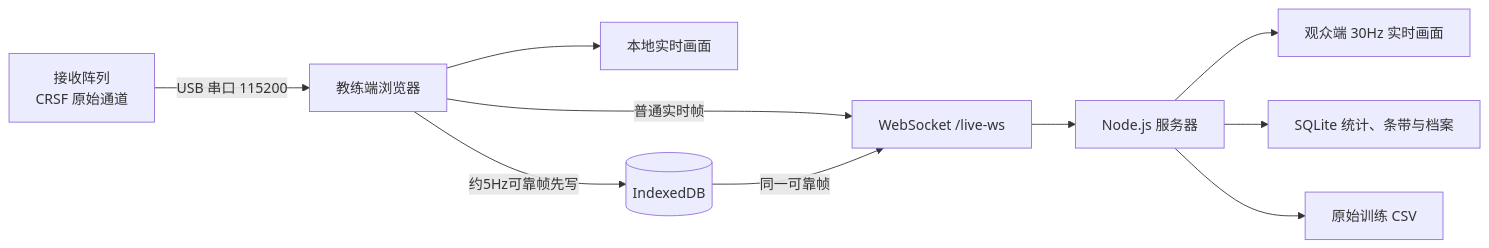
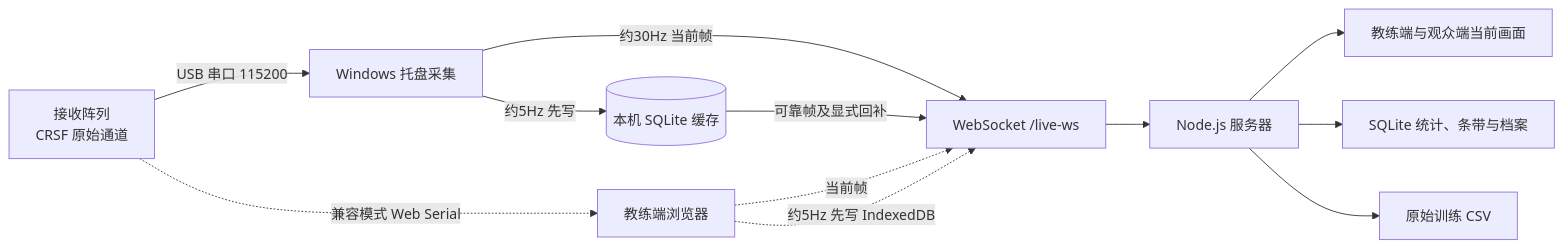
Before and after one commit to Tommy-CJ/fpv-training-system: the diagram in README.md, drawn with Mermaid. The commit also changed other lines of this file and 35 other files, not shown here.

````diff
--- a/README.md
+++ b/README.md
@@ -27,12 +27,14 @@
 ```mermaid
 flowchart LR
-    A[接收阵列<br/>CRSF 原始通道] -->|USB 串口 115200| B[教练端浏览器]
-    B --> C[本地实时画面]
-    B -->|普通实时帧| D[WebSocket /live-ws]
-    B -->|约5Hz可靠帧先写| I[(IndexedDB)]
-    I -->|同一可靠帧| D
+    A[接收阵列<br/>CRSF 原始通道] -->|USB 串口 115200| T[Windows 托盘采集]
+    A -.->|兼容模式 Web Serial| B[教练端浏览器]
+    T -->|约30Hz 当前帧| D[WebSocket /live-ws]
+    T -->|约5Hz 先写| L[(本机 SQLite 缓存)]
+    L -->|可靠帧及显式回补| D
+    B -.->|当前帧| D
+    B -.->|约5Hz 先写 IndexedDB| D
     D --> E[Node.js 服务器]
-    E --> F[观众端 30Hz 实时画面]
+    E --> F[教练端与观众端当前画面]
     E --> G[SQLite 统计、条带与档案]
     E --> H[原始训练 CSV]
 ```
````
